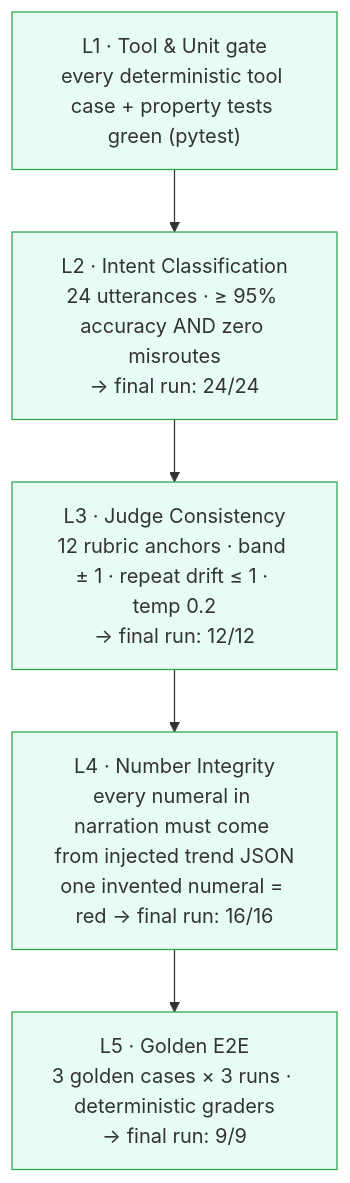
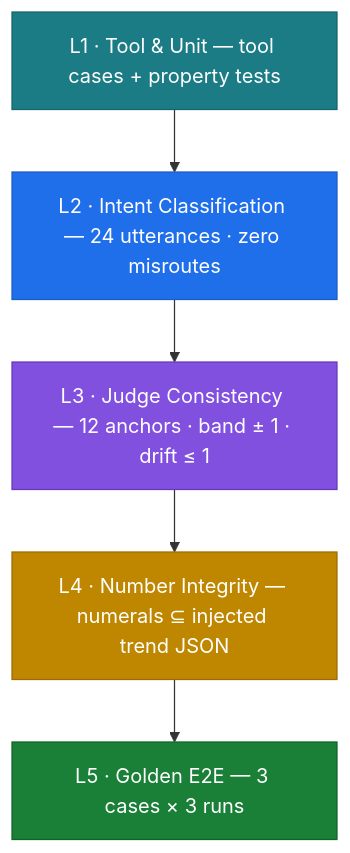
One commit to shanmukhanssm/placement-prep-agent changed the fourth of 6 diagrams in README.md. Above: the diagram before and after it, drawn with Mermaid. The commit also changed other lines of this file, not shown here.

First line of the commit message:
docs(readme): vivid high-contrast diagrams + tighten to ~70% length

````diff
--- a/README.md
+++ b/README.md
@@ -243,15 +173,15 @@
 ```mermaid
 flowchart TD
-    L1["L1 · Tool & Unit gate<br/>every deterministic tool case + property tests green (pytest)"]
-    L2["L2 · Intent Classification<br/>24 utterances · ≥ 95% accuracy AND zero misroutes<br/>→ final run: 24/24"]
-    L3["L3 · Judge Consistency<br/>12 rubric anchors · band ± 1 · repeat drift ≤ 1 · temp 0.2<br/>→ final run: 12/12"]
-    L4["L4 · Number Integrity<br/>every numeral in narration must come from injected trend JSON<br/>one invented numeral = red → final run: 16/16"]
-    L5["L5 · Golden E2E<br/>3 golden cases × 3 runs · deterministic graders<br/>→ final run: 9/9"]
+    L1["L1 · Tool & Unit — tool cases + property tests"]
+    L2["L2 · Intent Classification — 24 utterances · zero misroutes"]
+    L3["L3 · Judge Consistency — 12 anchors · band ± 1 · drift ≤ 1"]
+    L4["L4 · Number Integrity — numerals ⊆ injected trend JSON"]
+    L5["L5 · Golden E2E — 3 cases × 3 runs"]
     L1 --> L2 --> L3 --> L4 --> L5
-
-    style L1 fill:#e6fcf4,stroke:#2da44e
-    style L2 fill:#e6fcf4,stroke:#2da44e
-    style L3 fill:#e6fcf4,stroke:#2da44e
-    style L4 fill:#e6fcf4,stroke:#2da44e
-    style L5 fill:#e6fcf4,stroke:#2da44e
+    classDef l1 fill:#1b7c86,stroke:#14646d,color:#fff
+    classDef l2 fill:#1f6feb,stroke:#1a5cc8,color:#fff
+    classDef l3 fill:#8250df,stroke:#6639ba,color:#fff
+    classDef l4 fill:#bf8700,stroke:#9e6a03,color:#fff
+    classDef l5 fill:#1a7f37,stroke:#116329,color:#fff
+    class L1 l1; class L2 l2; class L3 l3; class L4 l4; class L5 l5
 ```
````
